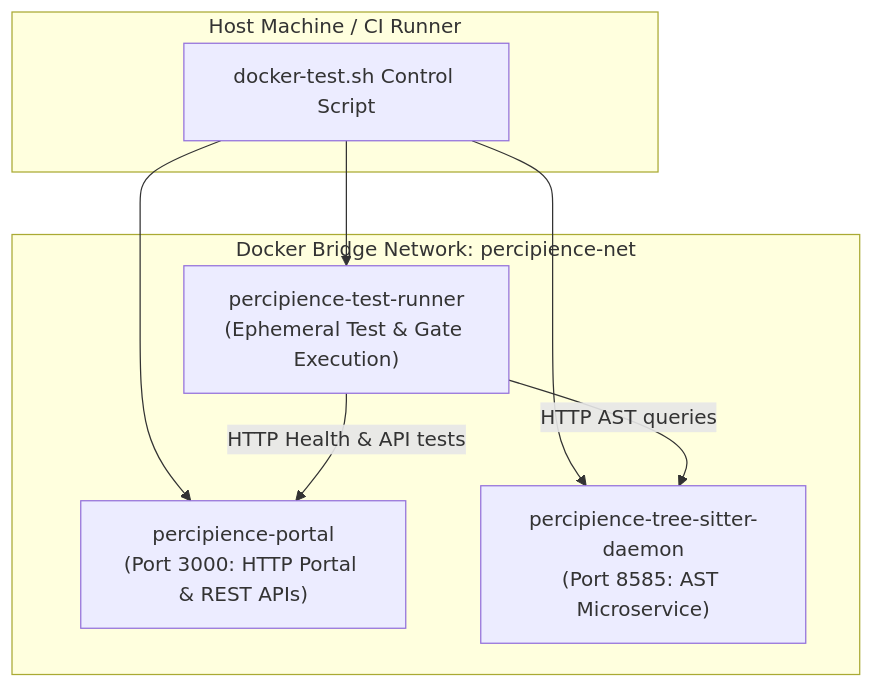
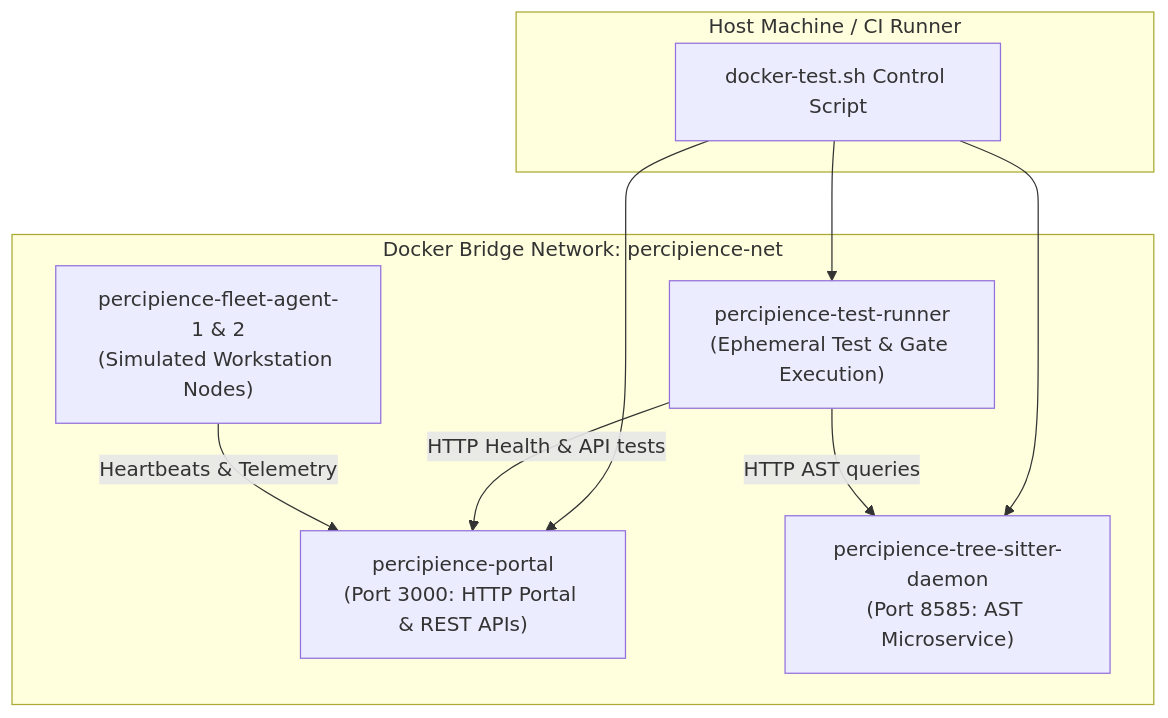
One commit to lakhwindersingh/nb_fairyfly changed the diagram in workplace/docs/guides/docker_testing_guide.md. Above: the diagram before and after it, drawn with Mermaid. The commit also changed other lines of this file and 81 other files, not shown here.

````diff
--- a/workplace/docs/guides/docker_testing_guide.md
+++ b/workplace/docs/guides/docker_testing_guide.md
@@ -18,18 +19,20 @@
 ```mermaid
 flowchart TD
   subgraph Host["Host Machine / CI Runner"]
     CLI["docker-test.sh Control Script"]
   end
 
   subgraph DockerNet["Docker Bridge Network: percipience-net"]
     Portal["percipience-portal<br/>(Port 3000: HTTP Portal & REST APIs)"]
     Daemon["percipience-tree-sitter-daemon<br/>(Port 8585: AST Microservice)"]
     Runner["percipience-test-runner<br/>(Ephemeral Test & Gate Execution)"]
+    FleetAgents["percipience-fleet-agent-1 & 2<br/>(Simulated Workstation Nodes)"]
   end
 
   CLI --> Portal
   CLI --> Daemon
   CLI --> Runner
   Runner -->|HTTP AST queries| Daemon
   Runner -->|HTTP Health & API tests| Portal
+  FleetAgents -->|Heartbeats & Telemetry| Portal
 ```
````
